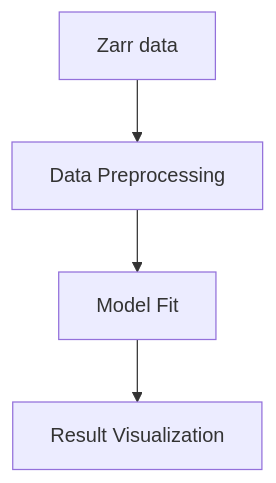
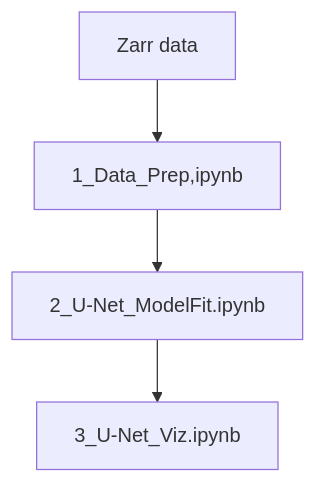
Before and after one commit to LilacHo/ohw25_proj_gap_filling: the second of 2 diagrams in README.md, drawn with Mermaid. The commit also changed other lines of this file, not shown here.

````diff
--- a/README.md
+++ b/README.md
@@ -61,6 +61,6 @@
 ```mermaid
 flowchart TD
-    A[Zarr data] --> B[Data Preprocessing]
-    B --> C[Model Fit]
-    C --> D[Result Visualization]
+    A[Zarr data] --> B[1_Data_Prep,ipynb]
+    B --> C[2_U-Net_ModelFit.ipynb]
+    C --> D[3_U-Net_Viz.ipynb]
 ```
````
